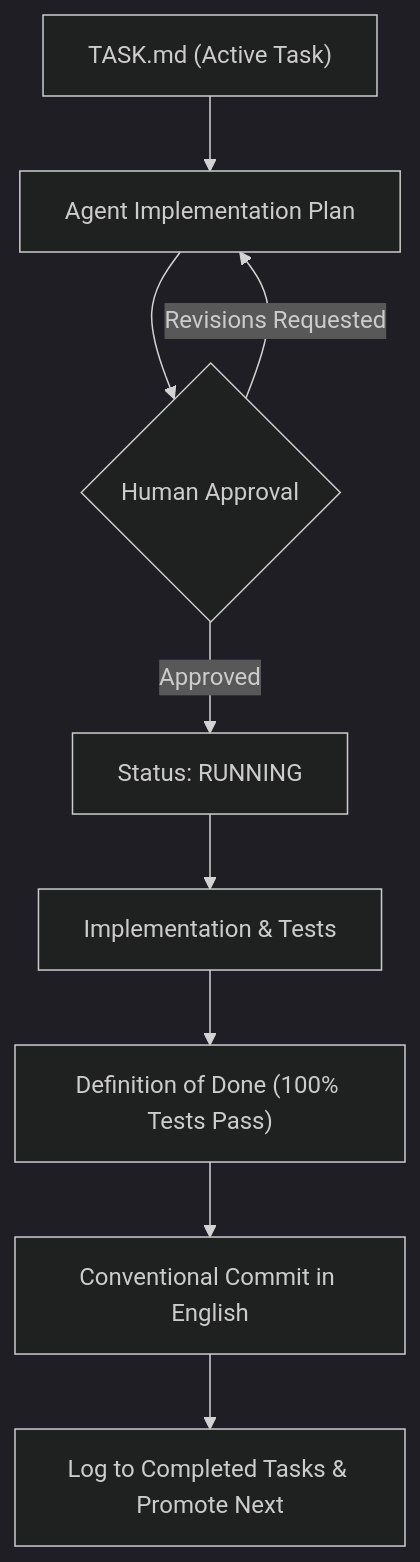
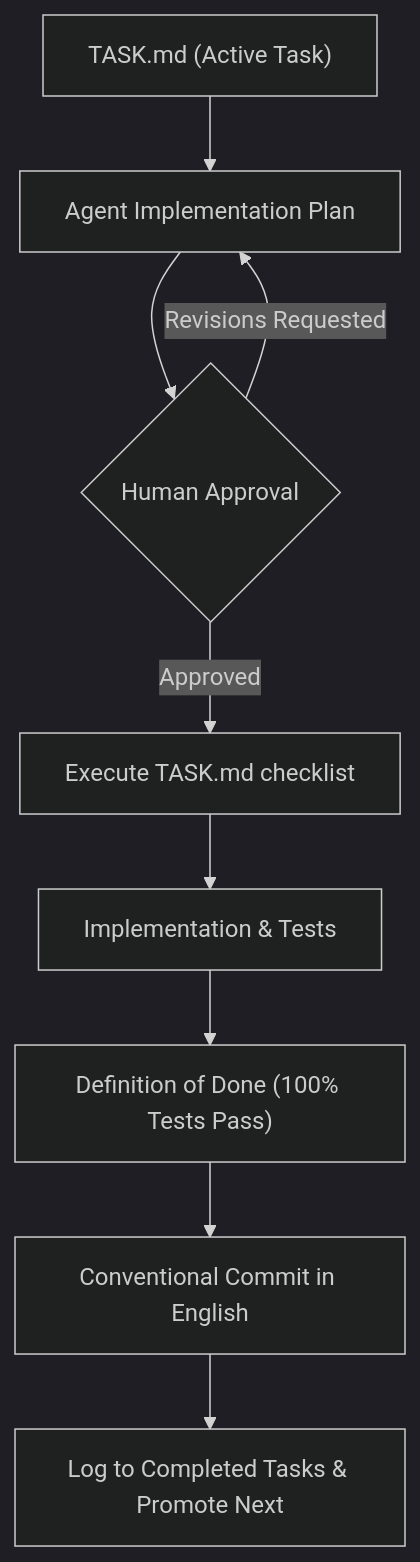
One commit to ye-sandbox/template-agent changed the diagram in README.md. Above: the diagram before and after it, drawn with Mermaid (dark theme). The commit also changed other lines of this file and 1 other file, not shown here.

Commit message:
docs(readme): align greenfield workflow diagram with lean checklist

````diff
--- a/README.md
+++ b/README.md
@@ -25,11 +25,11 @@
 ```mermaid
 flowchart TD
     Task["TASK.md (Active Task)"] --> Plan["Agent Implementation Plan"]
     Plan --> Review{"Human Approval"}
-    Review -->|"Approved"| Running["Status: RUNNING"]
+    Review -->|"Approved"| Running["Execute TASK.md checklist"]
     Review -->|"Revisions Requested"| Plan
     Running --> Code["Implementation & Tests"]
     Code --> DoD["Definition of Done (100% Tests Pass)"]
     DoD --> Commit["Conventional Commit in English"]
     Commit --> Done["Log to Completed Tasks & Promote Next"]
 ```
````
